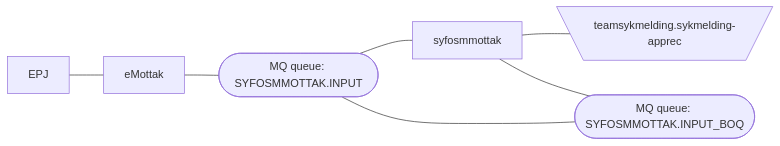
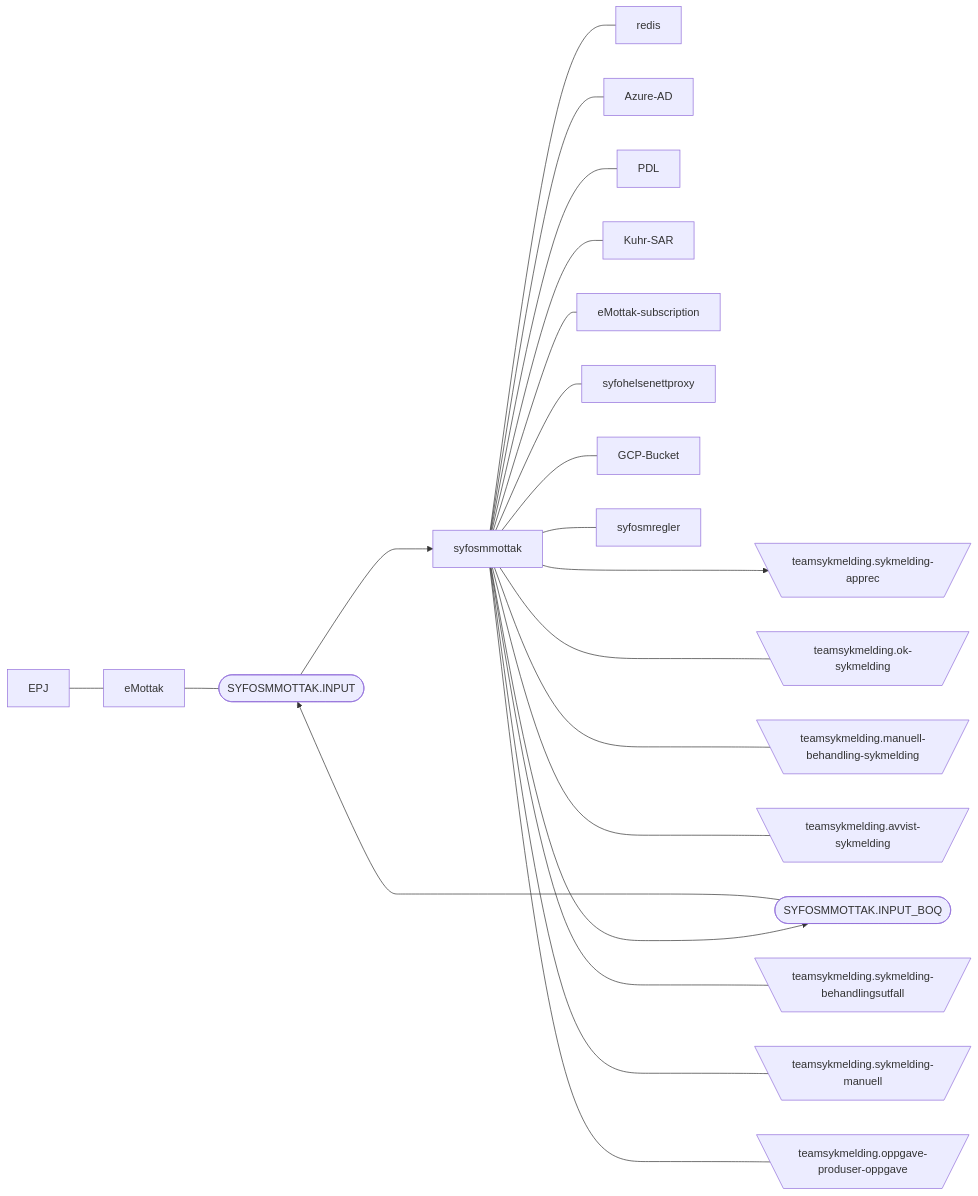
The diagram in README.md (navikt/syfosmmottak), drawn with Mermaid before and after one commit.

Commit message:
Add in missing applications in flow

````diff
--- a/README.md
+++ b/README.md
@@ -20,11 +20,24 @@
 ```mermaid
   graph LR;
         
       EPJ---eMottak;
       eMottak --- id1([SYFOSMMOTTAK.INPUT]);
-      id1([MQ queue: SYFOSMMOTTAK.INPUT]) --- syfosmmottak;
-      syfosmmottak ---  B[\teamsykmelding.sykmelding-apprec/];
-      syfosmmottak ---  id2([MQ queue: SYFOSMMOTTAK.INPUT_BOQ]);
-      id2([MQ queue: SYFOSMMOTTAK.INPUT_BOQ]) ---  id1([MQ queue: SYFOSMMOTTAK.INPUT]);
- 
+      id1([MQ queue: SYFOSMMOTTAK.INPUT]) ---> syfosmmottak;
+      syfosmmottak --->  B[\teamsykmelding.sykmelding-apprec/];
+      syfosmmottak --->  id2([SYFOSMMOTTAK.INPUT_BOQ]);
+      id2([SYFOSMMOTTAK.INPUT_BOQ]) --->  id1([SYFOSMMOTTAK.INPUT]);
+      syfosmmottak --- redis;
+      syfosmmottak --- Azure-AD;
+      syfosmmottak --- PDL;
+      syfosmmottak --- Kuhr-SAR;
+      syfosmmottak --- eMottak-subscription;
+      syfosmmottak --- syfohelsenettproxy;
+      syfosmmottak --- GCP-Bucket;
+      syfosmmottak --- syfosmregler;
+      syfosmmottak ---- C[\teamsykmelding.ok-sykmelding/];
+      syfosmmottak ---- D[\teamsykmelding.manuell-behandling-sykmelding/];
+      syfosmmottak ---- E[\teamsykmelding.avvist-sykmelding/];
+      syfosmmottak ---- F[\teamsykmelding.sykmelding-behandlingsutfall/];
+      syfosmmottak ---- G[\teamsykmelding.sykmelding-manuell/];
+      syfosmmottak ---- H[\teamsykmelding.oppgave-produser-oppgave/];
 ```
````
